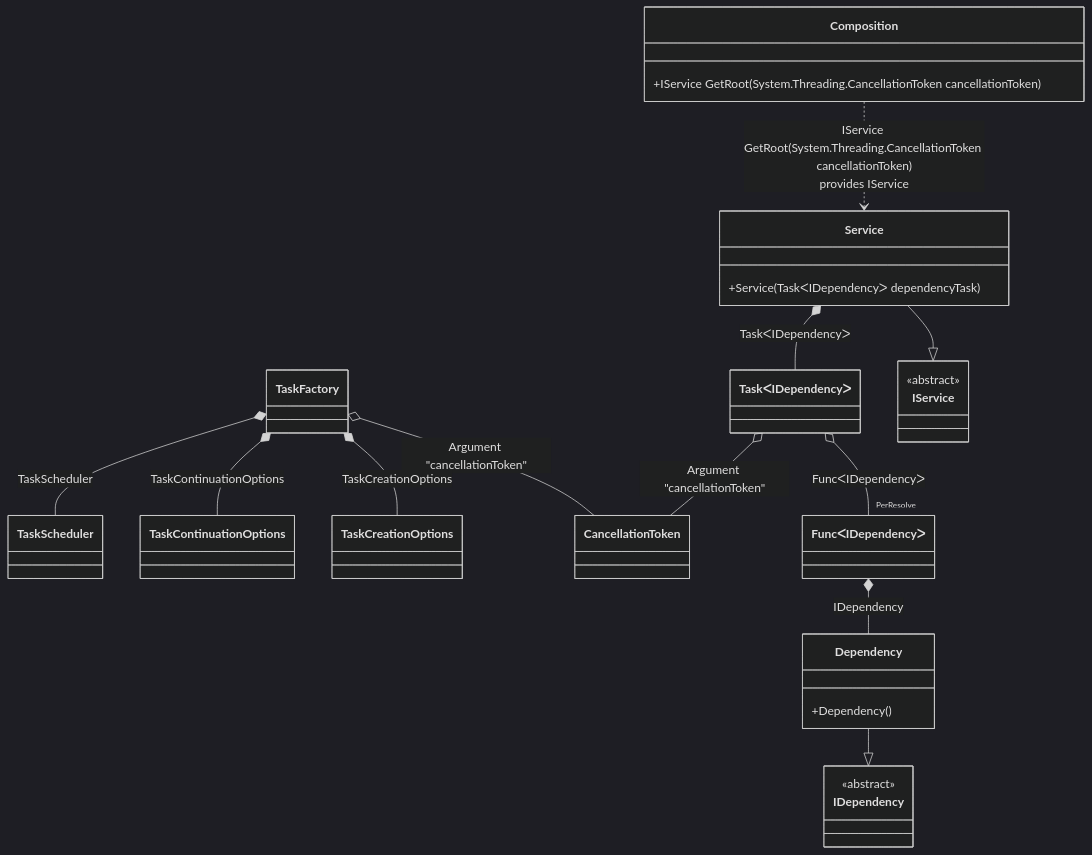
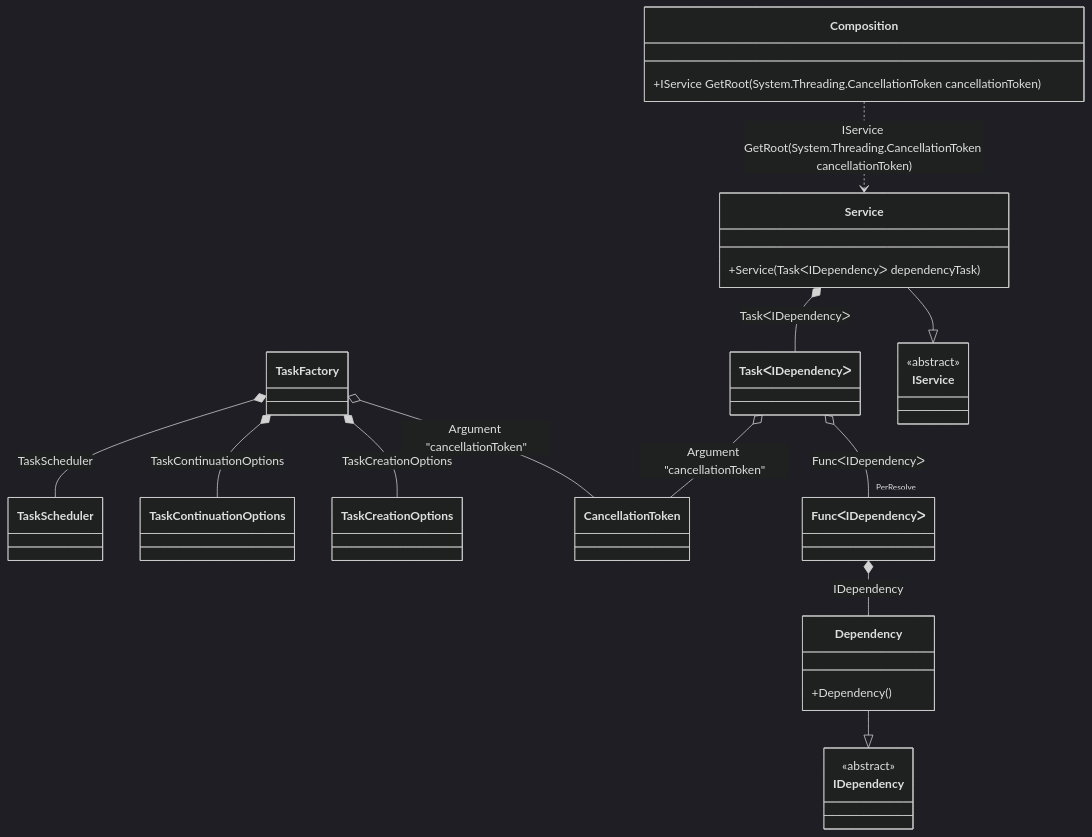
One commit to DevTeam/Pure.DI changed the diagram in readme/manually-started-tasks.md. Above: the diagram before and after it, drawn with Mermaid (dark theme). The commit also changed other lines of this file and 74 other files, not shown here.

````diff
--- a/readme/manually-started-tasks.md
+++ b/readme/manually-started-tasks.md
@@ -70,33 +70,33 @@
 ```mermaid
 classDiagram
   class Composition {
     +IService GetRoot(System.Threading.CancellationToken cancellationToken)
   }
   class TaskFactory
   class CancellationToken
   Dependency --|> IDependency : 
   class Dependency {
     +Dependency()
   }
   Service --|> IService : 
   class Service {
     +Service(TaskᐸIDependencyᐳ dependencyTask)
   }
   class TaskᐸIDependencyᐳ
   class FuncᐸIDependencyᐳ
   class IDependency {
     <<abstract>>
   }
   class IService {
     <<abstract>>
   }
   TaskFactory o-- CancellationToken : Argument "cancellationToken"
   TaskFactory *--  TaskCreationOptions : TaskCreationOptions
   TaskFactory *--  TaskContinuationOptions : TaskContinuationOptions
   TaskFactory *--  TaskScheduler : TaskScheduler
   Service *--  TaskᐸIDependencyᐳ : TaskᐸIDependencyᐳ
-  Composition ..> Service : IService GetRoot(System.Threading.CancellationToken cancellationToken)<br/>provides IService
+  Composition ..> Service : IService GetRoot(System.Threading.CancellationToken cancellationToken)
   TaskᐸIDependencyᐳ o--  "PerResolve" FuncᐸIDependencyᐳ : FuncᐸIDependencyᐳ
   TaskᐸIDependencyᐳ o-- CancellationToken : Argument "cancellationToken"
   FuncᐸIDependencyᐳ *--  Dependency : IDependency
 ```
````
